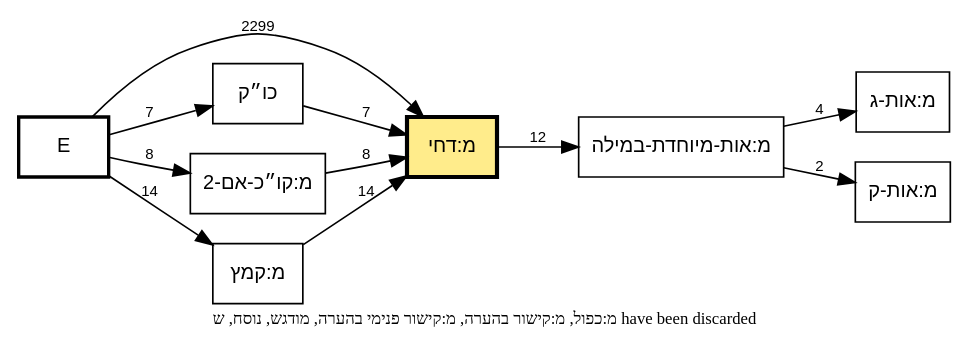
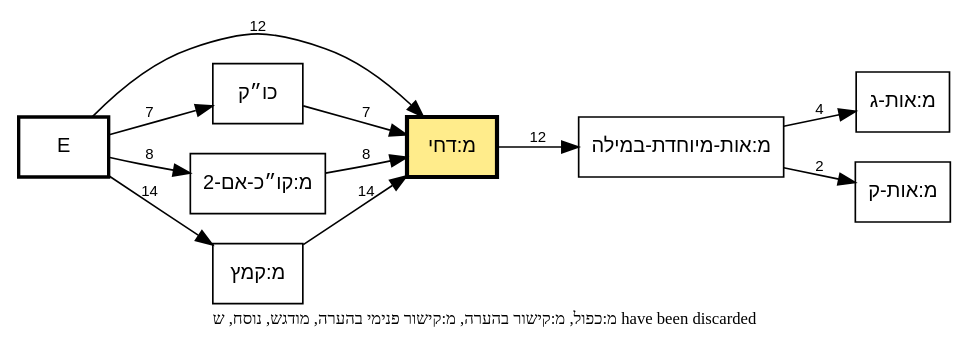
Before and after one commit to bdenckla/MAM-basics: the diagram in out/tmpl-survey-plus/plus-dexi-call-graph.dot, drawn with Graphviz. The commit also changed 13 other files, not shown here.

```diff
--- a/out/tmpl-survey-plus/plus-dexi-call-graph.dot
+++ b/out/tmpl-survey-plus/plus-dexi-call-graph.dot
@@ -1,31 +1,31 @@
 // This file was generated by MAM-basics/py/main_tmpl_survey.py.
 // Do not edit by hand.
 digraph template_call_graph {
     rankdir=LR;
     node [fontname="SBL Hebrew,Helvetica", fontsize=12];
     edge [fontname="Helvetica", fontsize=9];
     graph [comment="This file was generated by MAM-basics/py/main_tmpl_survey.py."];
 
     // Column nodes
     node [shape=box, style=bold];
     "E";
 
     // Template nodes
     node [shape=box, style=""];
     "מ:דחי" [fillcolor="lightgoldenrod1", style="filled", penwidth=2.5];
 
     // Note
     graph [label="מ:כפול, מ:קישור בהערה, מ:קישור פנימי בהערה, מודגש, נוסח, ש have been discarded", labelloc=b, fontsize=10];
 
     // Edges
     "E" -> "כו״ק" [label="7"];
-    "E" -> "מ:דחי" [label="2299"];
+    "E" -> "מ:דחי" [label="12"];
     "E" -> "מ:קו״כ-אם-2" [label="8"];
     "E" -> "מ:קמץ" [label="14"];
     "כו״ק" -> "מ:דחי" [label="7"];
     "מ:אות-מיוחדת-במילה" -> "מ:אות-ג" [label="4"];
     "מ:אות-מיוחדת-במילה" -> "מ:אות-ק" [label="2"];
     "מ:דחי" -> "מ:אות-מיוחדת-במילה" [label="12"];
     "מ:קו״כ-אם-2" -> "מ:דחי" [label="8"];
     "מ:קמץ" -> "מ:דחי" [label="14"];
 }
```
